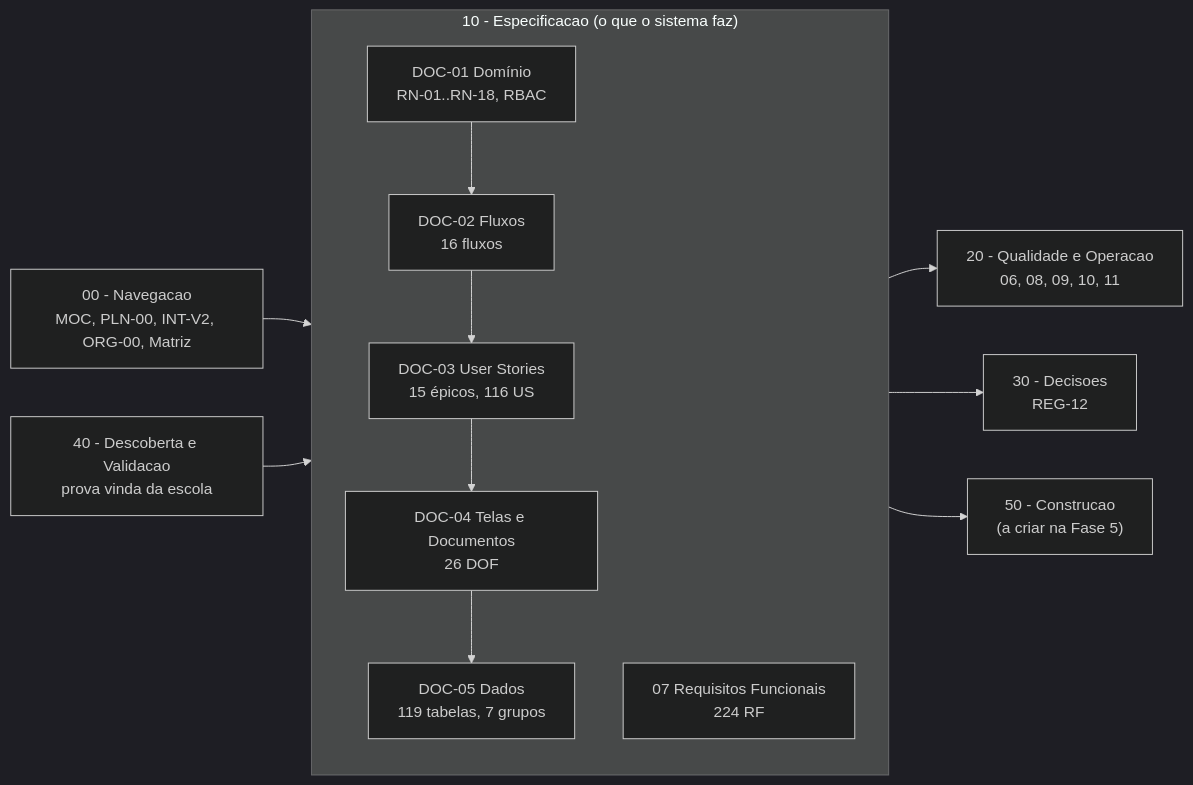
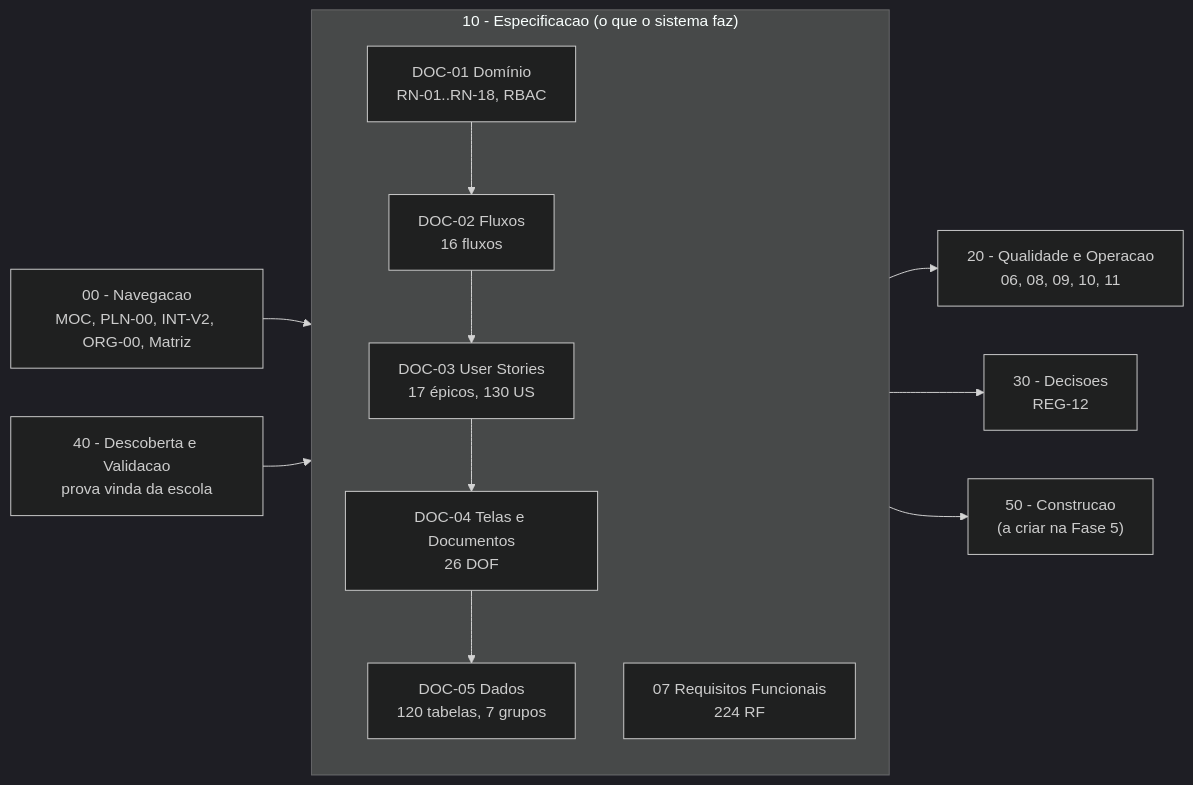
One commit to Angeloaqp/sge-ipcag-12008 changed the diagram in 01 - Projetos/SGE - IPCAG 12008 BGO/00 - Navegacao/00 - MOC SGE IPCAG 12008 BGO.md. Above: the diagram before and after it, drawn with Mermaid (dark theme). The commit also changed other lines of this file and 2 other files, not shown here.

Commit message:
Contagens: DOC-05 com 120 tabelas (contas_bancarias_escola, DEC-023) e 130 US
- contas_bancarias_escola contada no Grupo 5 (22) e no total; entra no ERD
- MOC e Início atualizados: 17 épicos, 130 US, 120 tabelas

````diff
--- a/01 - Projetos/SGE - IPCAG 12008 BGO/00 - Navegacao/00 - MOC SGE IPCAG 12008 BGO.md
+++ b/01 - Projetos/SGE - IPCAG 12008 BGO/00 - Navegacao/00 - MOC SGE IPCAG 12008 BGO.md
@@ -51,15 +51,15 @@
 ```mermaid
 flowchart LR
     MOC["00 - Navegacao<br>MOC, PLN-00, INT-V2, ORG-00, Matriz"] --> ESP
     subgraph ESP["10 - Especificacao (o que o sistema faz)"]
         D1["DOC-01 Domínio<br>RN-01..RN-18, RBAC"] --> D2["DOC-02 Fluxos<br>16 fluxos"]
-        D2 --> D3["DOC-03 User Stories<br>15 épicos, 116 US"]
+        D2 --> D3["DOC-03 User Stories<br>17 épicos, 130 US"]
         D3 --> D4["DOC-04 Telas e Documentos<br>26 DOF"]
-        D4 --> D5["DOC-05 Dados<br>119 tabelas, 7 grupos"]
+        D4 --> D5["DOC-05 Dados<br>120 tabelas, 7 grupos"]
         RF["07 Requisitos Funcionais<br>224 RF"]
     end
     ESP --> QO["20 - Qualidade e Operacao<br>06, 08, 09, 10, 11"]
     ESP --> DEC["30 - Decisoes<br>REG-12"]
     DESC["40 - Descoberta e Validacao<br>prova vinda da escola"] --> ESP
     ESP --> CON["50 - Construcao<br>(a criar na Fase 5)"]
 ```
````
